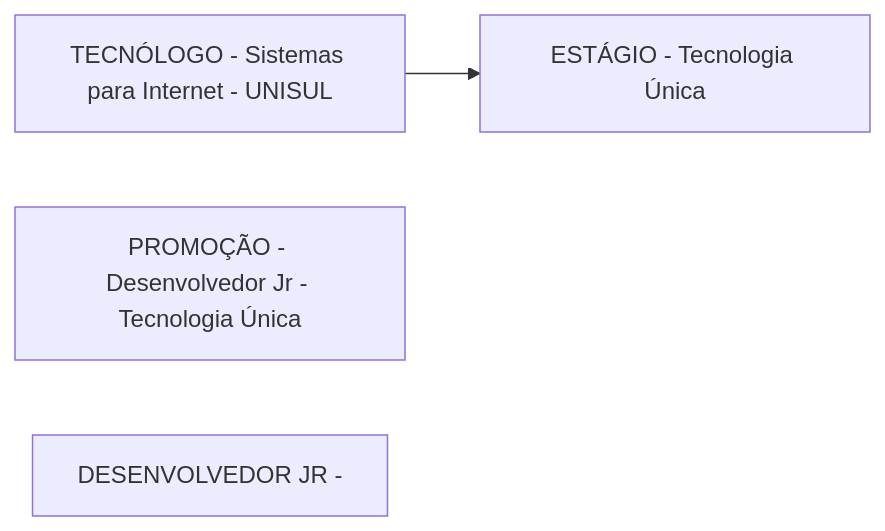
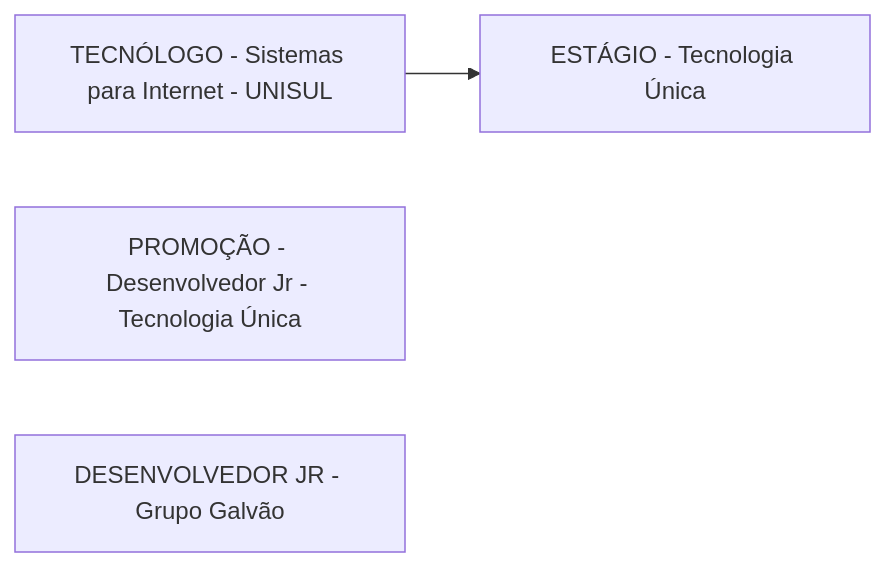
The diagram in Advanced-Business-Development-with-.NET/1º-Semestre/Aula-01-%2D-Introdução-e-Apresentação/Apresentação-do-Professor.md (rafsp/Graduacao_FIAP), drawn with Mermaid before and after one commit.

Commit message:
Updated Apresentação do Professor

```diff
--- a/Advanced-Business-Development-with-.NET/1º-Semestre/Aula-01-%2D-Introdução-e-Apresentação/Apresentação-do-Professor.md
+++ b/Advanced-Business-Development-with-.NET/1º-Semestre/Aula-01-%2D-Introdução-e-Apresentação/Apresentação-do-Professor.md
@@ -1,8 +1,9 @@
 ::: mermaid
 flowchart LR;
 a[TECNÓLOGO - Sistemas para Internet - UNISUL]
 b[ESTÁGIO - Tecnologia Única];
 c[PROMOÇÃO - Desenvolvedor Jr - Tecnologia Única];
-d[DESENVOLVEDOR JR - ]
+d[DESENVOLVEDOR JR - Grupo Galvão];
+
 a-->b;
 :::
```
